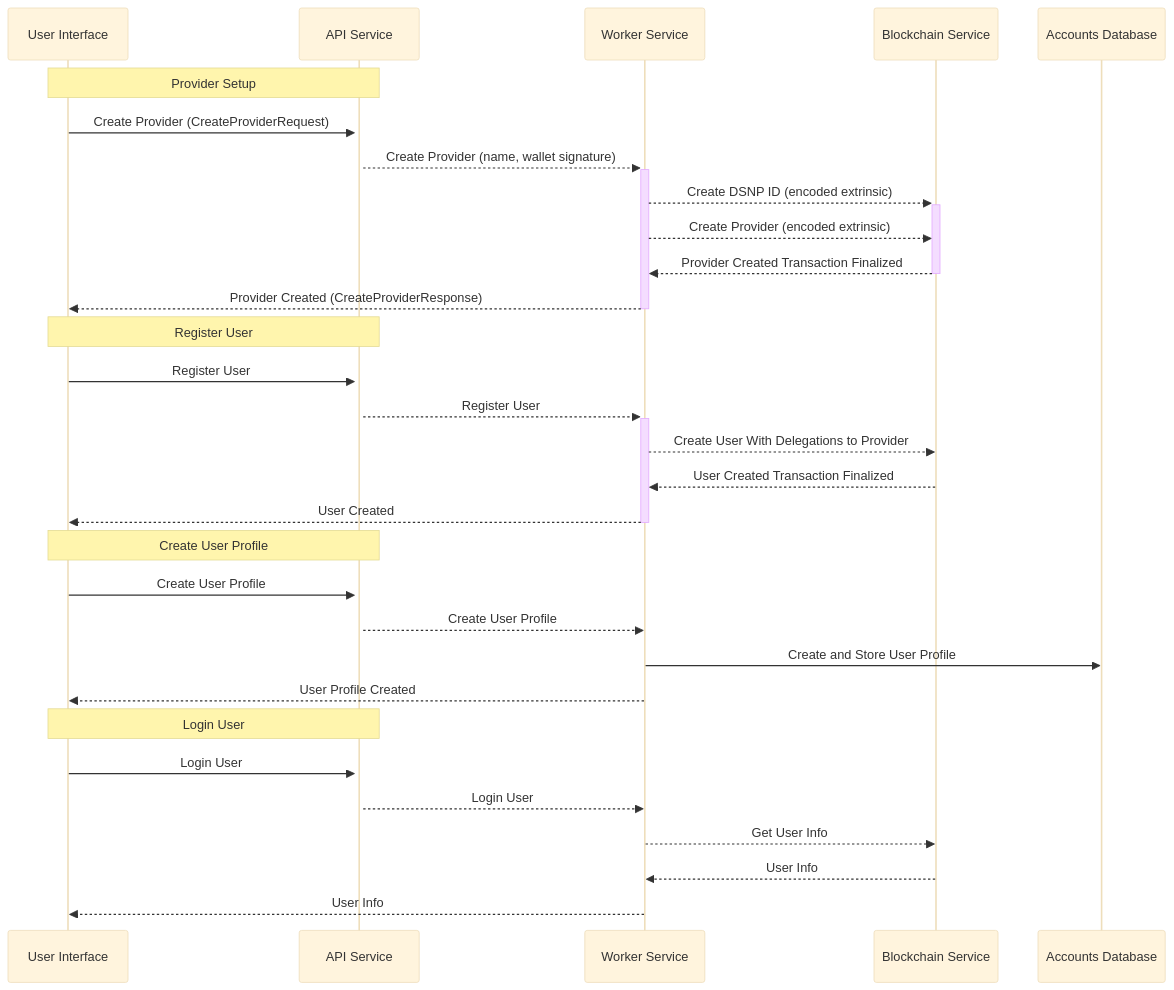
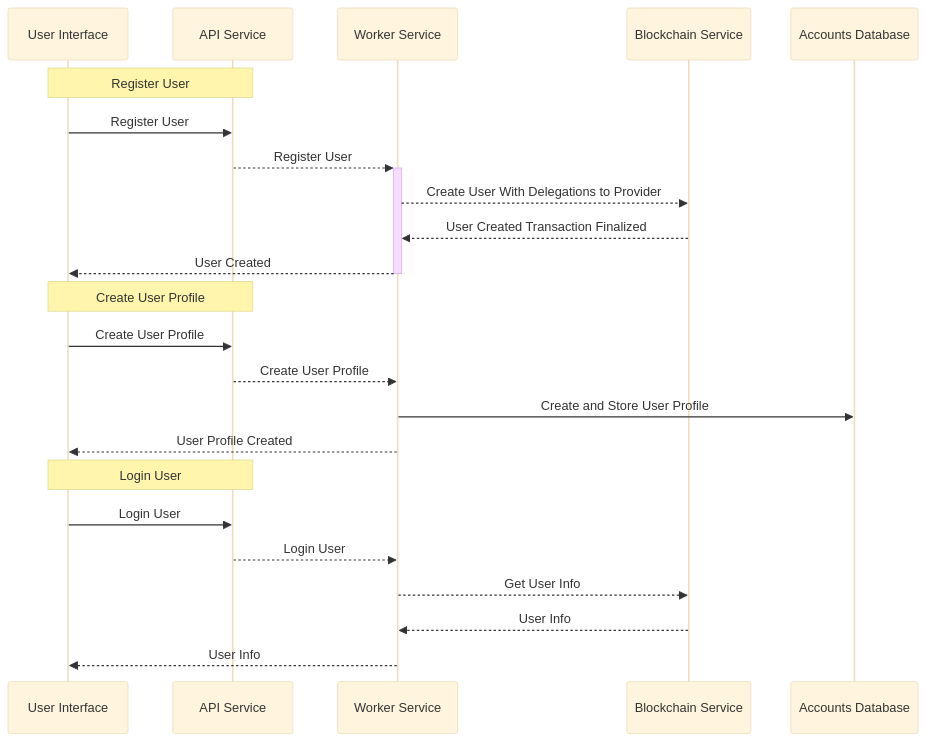
The diagram in developer-docs/account/account-service-flow.md (ProjectLibertyLabs/gateway), drawn with Mermaid (base theme) before and after one commit. The commit also changed 8 other files, not shown here.

Commit message:
feat: update documentation structure, add troubleshooting section, and integrate mermaid support

````diff
--- a/developer-docs/account/account-service-flow.md
+++ b/developer-docs/account/account-service-flow.md
@@ -3,49 +3,40 @@
 ```mermaid
 sequenceDiagram
     participant UI as User Interface
     participant API as API Service
     participant WS as Worker Service
     participant BL as Blockchain Service
     participant DB as Accounts Database
-
-    # Setup Provider
-    Note over UI, API: Provider Setup
-    UI->>+API: Create Provider (CreateProviderRequest)
-    API-->>+WS: Create Provider (name, wallet signature)
-    WS-->>+BL: Create DSNP ID (encoded extrinsic)
-    WS-->>BL: Create Provider (encoded extrinsic)
-    BL-->>-WS: Provider Created Transaction Finalized
-    WS-->>-UI: Provider Created (CreateProviderResponse)
 
     # Register User
     Note over UI, API: Register User
     UI->>API: Register User
     API-->>+WS: Register User
     WS-->>BL: Create User With Delegations to Provider
     BL-->>WS: User Created Transaction Finalized
     WS-->>-UI: User Created
 
     # Create User Profile
     Note over UI, API: Create User Profile
     UI->>API: Create User Profile
     API-->>WS: Create User Profile
     WS->>DB: Create and Store User Profile
     WS-->>UI: User Profile Created
 
     # Get User Profile
 
     # Login User
     Note over UI, API: Login User
     UI->>API: Login User
     API-->>WS: Login User
     WS-->>BL: Get User Info
     BL-->>WS: User Info
     WS-->>UI: User Info
 
     # UI->>AR: Register
     # AR-->>UI: Success
     # UI->>AL: Login
     # AL-->>UI: Success
     # UI->>AG: Get User Info
     # AG-->>UI: Success -->
 ```
````
